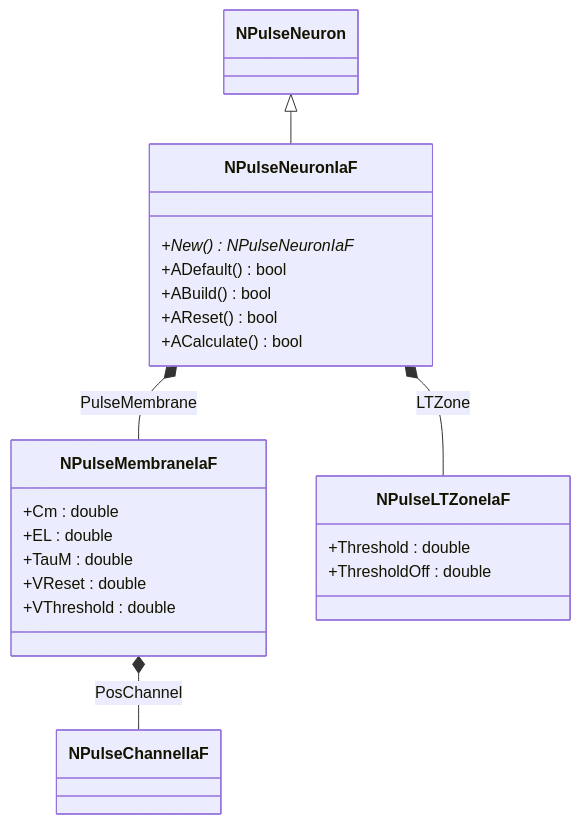
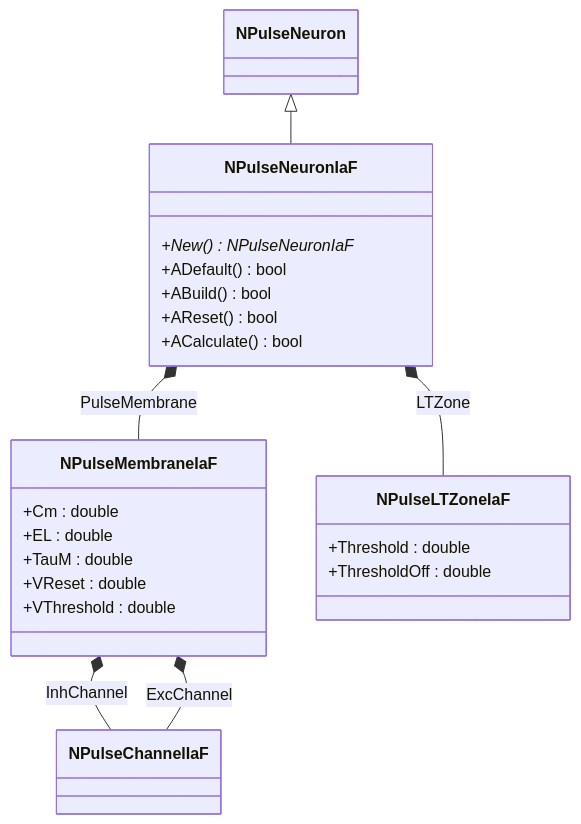
One commit to aicommunity/Nmsdk-PulseLib changed the first of 10 diagrams in Docs/Components/NPulseNeuronIaF.md. Above: the diagram before and after it, drawn with Mermaid. The commit also changed other lines of this file and 14 other files, not shown here.

Commit message:
Refactoring the naming of neuron components. PLTZone -> LTZone, Pos/Neg channels -> Inh/Exc channels, etc.

````diff
--- a/Docs/Components/NPulseNeuronIaF.md
+++ b/Docs/Components/NPulseNeuronIaF.md
@@ -18,25 +18,26 @@
 ```mermaid
 classDiagram
     NPulseNeuron <|-- NPulseNeuronIaF
     NPulseNeuronIaF *-- NPulseMembraneIaF : PulseMembrane
     NPulseNeuronIaF *-- NPulseLTZoneIaF : LTZone
-    NPulseMembraneIaF *-- NPulseChannelIaF : PosChannel
+    NPulseMembraneIaF *-- NPulseChannelIaF : InhChannel
+    NPulseMembraneIaF *-- NPulseChannelIaF : ExcChannel
     class NPulseNeuronIaF {
         +New() NPulseNeuronIaF*
         +ADefault() bool
         +ABuild() bool
         +AReset() bool
         +ACalculate() bool
     }
     class NPulseMembraneIaF {
         +Cm : double
         +EL : double
         +TauM : double
         +VReset : double
         +VThreshold : double
     }
     class NPulseLTZoneIaF {
         +Threshold : double
         +ThresholdOff : double
     }
 ```
````
